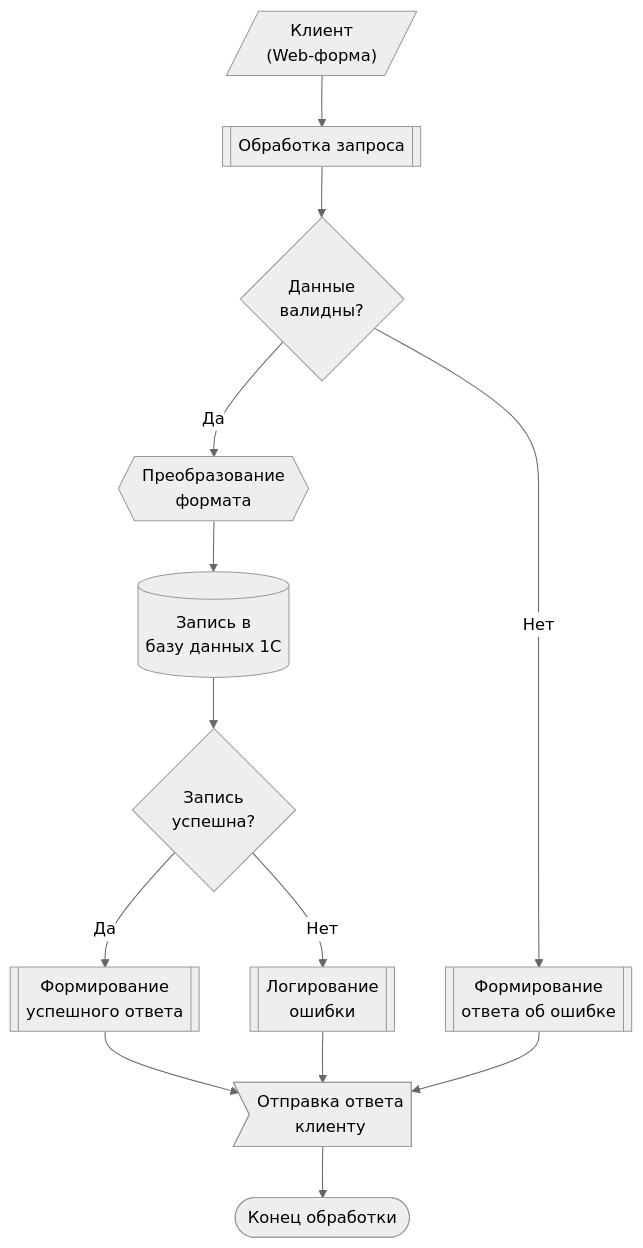
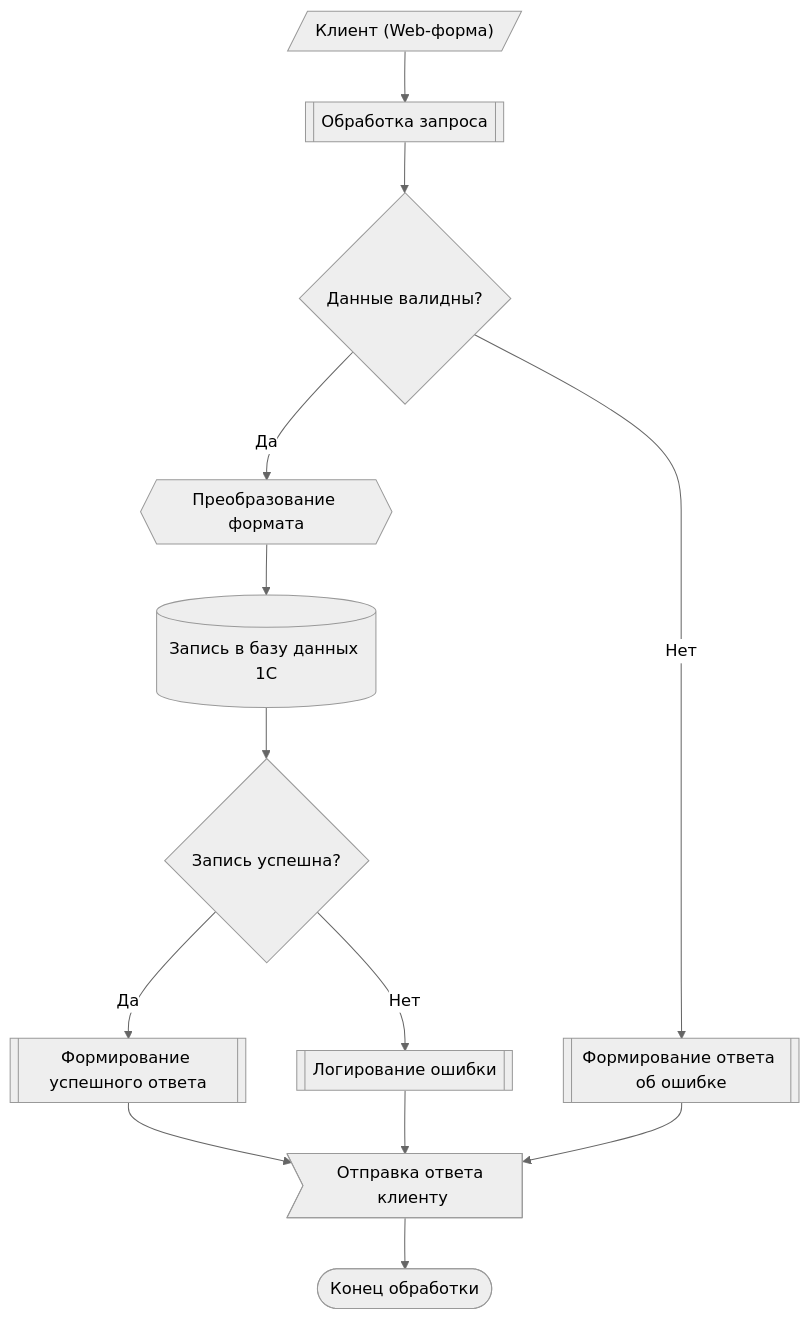
The first of 6 diagrams in 1c_architect/Data_Flow_Diagrams_DFD.md (softboxdev/1c_dev), drawn with Mermaid (neutral theme) before and after one commit. The commit also changed other lines of this file, not shown here.

````diff
--- a/1c_architect/Data_Flow_Diagrams_DFD.md
+++ b/1c_architect/Data_Flow_Diagrams_DFD.md
@@ -40,23 +40,23 @@
 ```mermaid
 flowchart TD
     %% Контекстная диаграмма
-    Клиент[/"Клиент\n(Web-форма)"/] --> Запрос[["Обработка запроса"]]
+    Клиент[/"Клиент (Web-форма)"/] --> Запрос[["Обработка запроса"]]
     
-    Запрос --> Валидация{Данные\nвалидны?}
+    Запрос --> Валидация{Данные валидны?}
     
-    Валидация -->|Да| Преобразование{{Преобразование\n формата}}
-    Валидация -->|Нет| Ошибка[["Формирование\nответа об ошибке"]]
+    Валидация -->|Да| Преобразование{{Преобразование формата}}
+    Валидация -->|Нет| Ошибка[["Формирование ответа об ошибке"]]
     
-    Преобразование --> ЗаписьБД[(Запись в\n базу данных 1С)]
+    Преобразование --> ЗаписьБД[(Запись в базу данных 1С)]
     
-    ЗаписьБД --> Ответ{Запись\n успешна?}
+    ЗаписьБД --> Ответ{Запись успешна?}
     
-    Ответ -->|Да| Успех[["Формирование\n успешного ответа"]]
-    Ответ -->|Нет| Логирование[["Логирование\nошибки"]]
+    Ответ -->|Да| Успех[["Формирование успешного ответа"]]
+    Ответ -->|Нет| Логирование[["Логирование ошибки"]]
     
-    Успех --> Вывод>"Отправка ответа\n клиенту"]
+    Успех --> Вывод>"Отправка ответа клиенту"]
     Логирование --> Вывод
     Ошибка --> Вывод
     
     Вывод --> Конец(["Конец обработки"])
 ```
````
